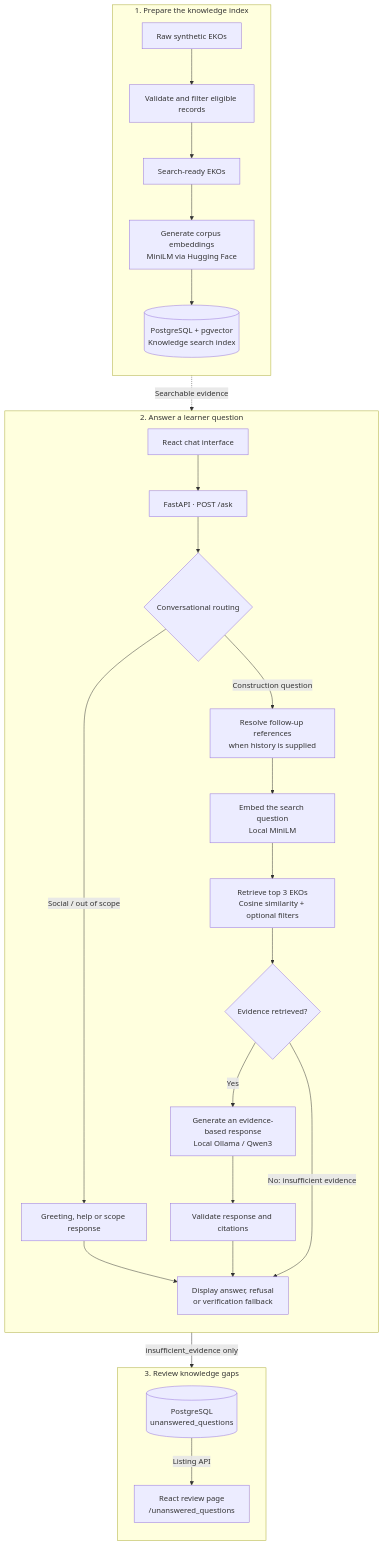
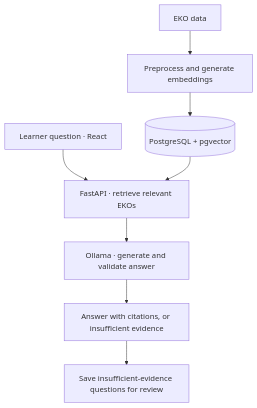
Before and after one commit to Sithara22/pg-s2-31: the diagram in README.md, drawn with Mermaid. The commit also changed other lines of this file, not shown here.

Commit message:
architecture updates

````diff
--- a/README.md
+++ b/README.md
@@ -27,43 +25,10 @@
 ```mermaid
-flowchart TB
-    subgraph preparation["1. Prepare the knowledge index"]
-        direction TB
-        raw["Raw synthetic EKOs"]
-        eligible["Validate and filter eligible records"]
-        ready["Search-ready EKOs"]
-        embeddings["Generate corpus embeddings<br/>MiniLM via Hugging Face"]
-        index[("PostgreSQL + pgvector<br/>Knowledge search index")]
-        raw --> eligible --> ready --> embeddings --> index
-    end
-
-    subgraph answering["2. Answer a learner question"]
-        direction TB
-        chat["React chat interface"]
-        api["FastAPI · POST /ask"]
-        route{"Conversational routing"}
-        social["Greeting, help or scope response"]
-        rewrite["Resolve follow-up references<br/>when history is supplied"]
-        query["Embed the search question<br/>Local MiniLM"]
-        retrieve["Retrieve top 3 EKOs<br/>Cosine similarity + optional filters"]
-        found{"Evidence retrieved?"}
-        generate["Generate an evidence-based response<br/>Local Ollama / Qwen3"]
-        validate["Validate response and citations"]
-        result["Display answer, refusal<br/>or verification fallback"]
-        chat --> api --> route
-        route -->|"Social / out of scope"| social --> result
-        route -->|"Construction question"| rewrite --> query --> retrieve
-        retrieve --> found
-        found -->|"Yes"| generate --> validate --> result
-        found -->|"No: insufficient evidence"| result
-    end
-
-    subgraph gaps["3. Review knowledge gaps"]
-        direction TB
-        unanswered[("PostgreSQL<br/>unanswered_questions")]
-        review["React review page<br/>/unanswered_questions"]
-        unanswered -->|"Listing API"| review
-    end
-
-    index -.->|"Searchable evidence"| retrieve
-    result -->|"insufficient_evidence only"| unanswered
+flowchart TD
+    data["EKO data"] --> prepare["Preprocess and generate embeddings"]
+    prepare --> db[("PostgreSQL + pgvector")]
+    question["Learner question · React"] --> api["FastAPI · retrieve relevant EKOs"]
+    db --> api
+    api --> llm["Ollama · generate and validate answer"]
+    llm --> response["Answer with citations, or insufficient evidence"]
+    response --> gaps["Save insufficient-evidence questions for review"]
 ```
````
